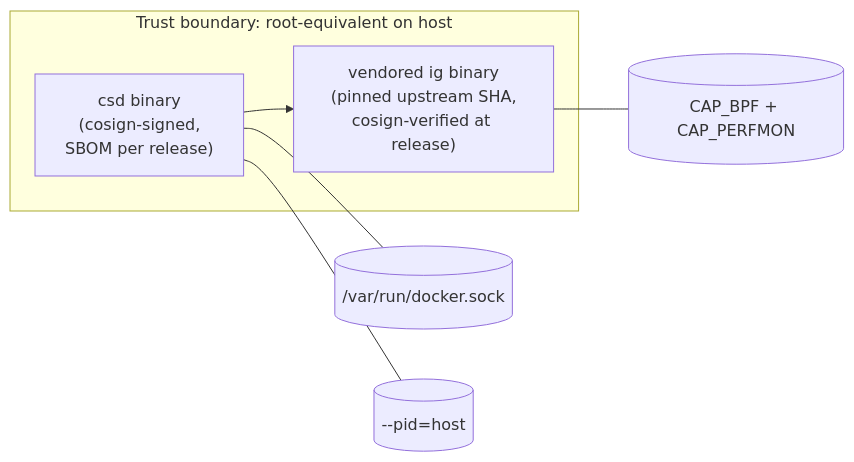
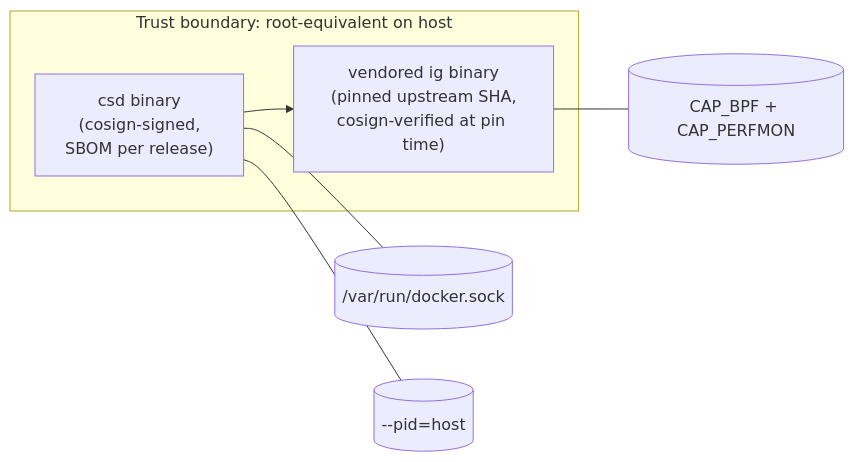
Before and after one commit to tmatens/container-sec-derive: the fourth of 4 diagrams in docs/architecture.md, drawn with Mermaid. The commit also changed 3 other files, not shown here.

First line of the commit message:
Correct supply-chain + schema docs to match implementation

````diff
--- a/docs/architecture.md
+++ b/docs/architecture.md
@@ -95,15 +95,15 @@
 ```mermaid
 flowchart LR
     subgraph Trust["Trust boundary: root-equivalent on host"]
         csd["csd binary<br/>(cosign-signed,<br/>SBOM per release)"]
-        ig["vendored ig binary<br/>(pinned upstream SHA,<br/>cosign-verified at release)"]
+        ig["vendored ig binary<br/>(pinned upstream SHA,<br/>cosign-verified at pin time)"]
     end
     sock[("/var/run/docker.sock")]
     pidns[("--pid=host")]
     bpf[("CAP_BPF + CAP_PERFMON")]
 
     csd --- sock
     csd --- pidns
     ig --- bpf
     csd --> ig
 ```
````
